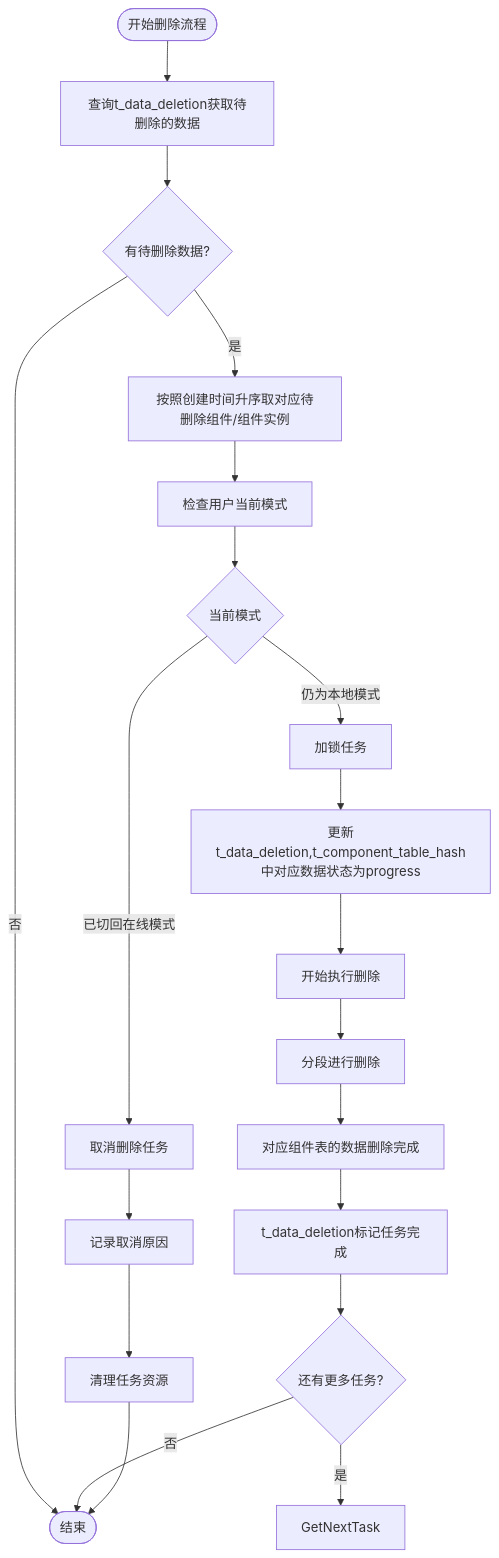
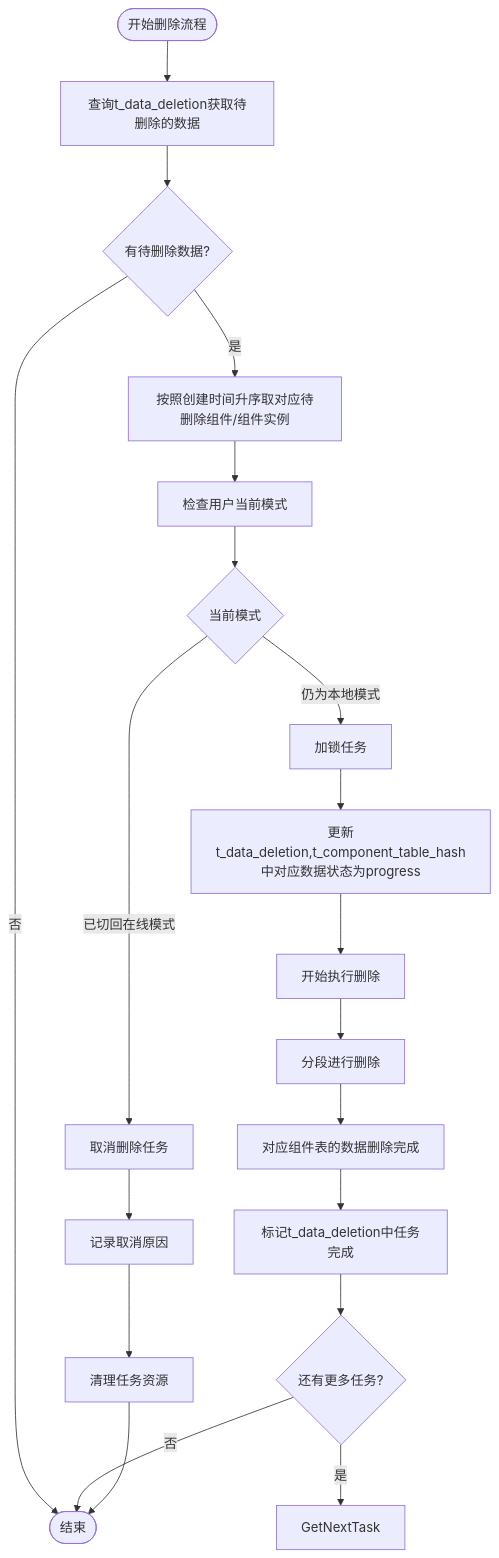
Before and after one commit to yingjianzh/iodraw-files: the diagram in all/未命名-51.md, drawn with Mermaid.

Commit message:
2025-05-08 15:32:20 update

````diff
--- a/all/未命名-51.md
+++ b/all/未命名-51.md
@@ -1,31 +1,31 @@
 ```mermaid
 flowchart TD
     Start([开始删除流程]) --> FetchTasks[查询t_data_deletion获取待删除的数据]
     FetchTasks --> HasTasks{有待删除数据?}
     
     HasTasks -->|否| End([结束])
     HasTasks -->|是| PrioritizeTasks[按照创建时间升序取对应待删除组件/组件实例]
     
     PrioritizeTasks --> CheckUserMode[检查用户当前模式]
     
     CheckUserMode --> CurrentMode{当前模式}
     CurrentMode -->|已切回在线模式| TaskCancel[取消删除任务]
     CurrentMode -->|仍为本地模式| LockTask[加锁任务]
     
     LockTask --> UpdateStatus[更新t_data_deletion,t_component_table_hash中对应数据状态为progress]
     UpdateStatus --> BeginDeletion[开始执行删除]
     
     BeginDeletion --> A[分段进行删除]
     
     A --> B[对应组件表的数据删除完成]
-    B --> MarkCompleted[t_data_deletion标记任务完成]
+    B --> MarkCompleted[标记t_data_deletion中任务完成]
     
     TaskCancel --> LogCancellation[记录取消原因]
     LogCancellation --> CleanupTask[清理任务资源]
     
     MarkCompleted --> CheckMoreTasks{还有更多任务?}
     CheckMoreTasks -->|是| GetNextTask
     CheckMoreTasks -->|否| End
     
     CleanupTask --> End
 ```
````
